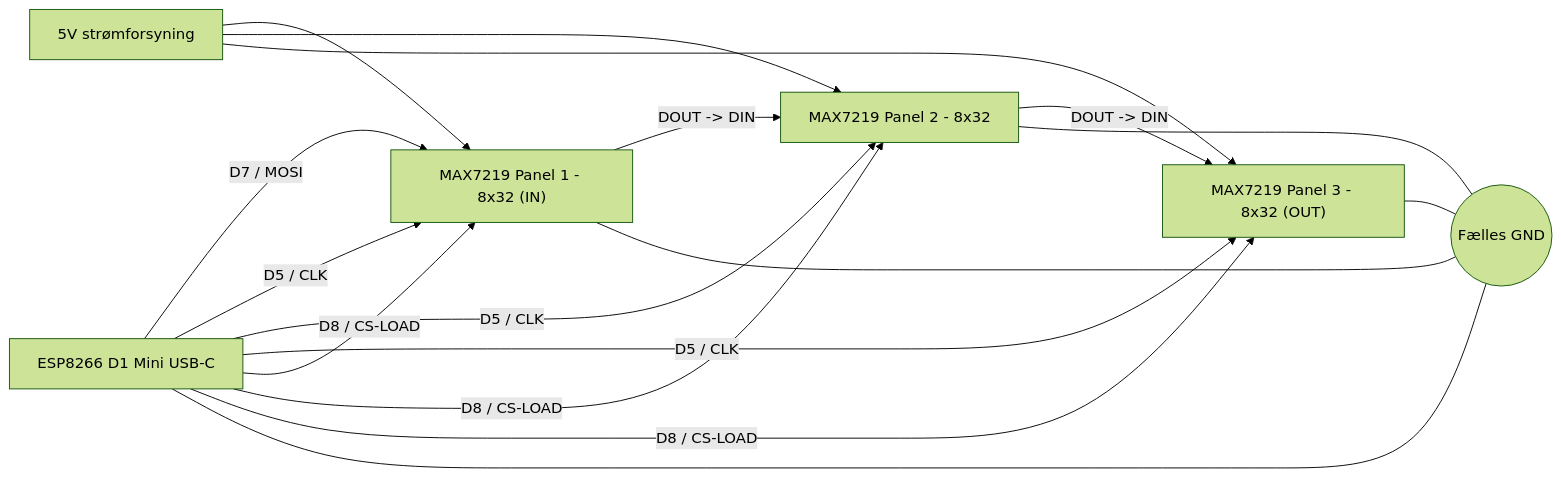
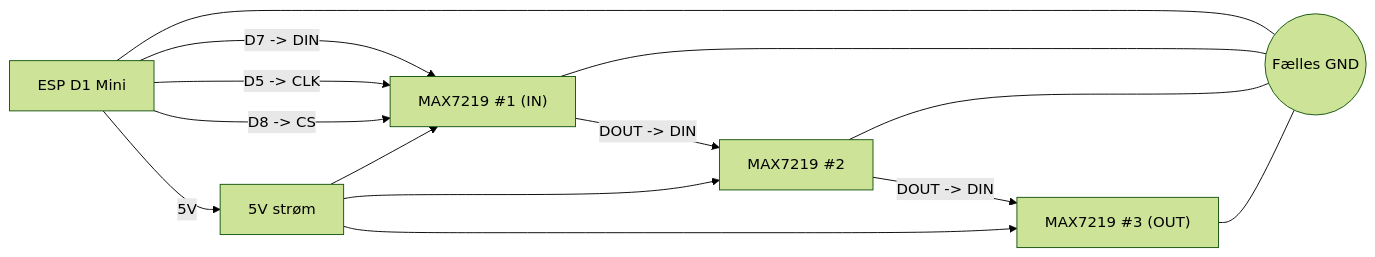
Before and after one commit to Kronborgs/Homeasseten_WOPR: the diagram in docs/WIRING_DIAGRAM.md, drawn with Mermaid (forest theme). The commit also changed other lines of this file, not shown here.

Commit message:
Simplify wiring diagram to clear pin-to-pin layout

````diff
--- a/docs/WIRING_DIAGRAM.md
+++ b/docs/WIRING_DIAGRAM.md
@@ -17,30 +17,19 @@
 ```mermaid
 flowchart LR
-  PSU["5V strømforsyning"]
-  ESP["ESP8266 D1 Mini USB-C"]
-  M1["MAX7219 Panel 1 - 8x32 (IN)"]
-  M2["MAX7219 Panel 2 - 8x32"]
-  M3["MAX7219 Panel 3 - 8x32 (OUT)"]
-  GND(("Fælles GND"))
+  ESP["ESP D1 Mini"] -->|"D7 -> DIN"| M1["MAX7219 #1 (IN)"]
+  ESP -->|"D5 -> CLK"| M1
+  ESP -->|"D8 -> CS"| M1
 
-  PSU --> M1
-  PSU --> M2
-  PSU --> M3
+  M1 -->|"DOUT -> DIN"| M2["MAX7219 #2"]
+  M2 -->|"DOUT -> DIN"| M3["MAX7219 #3 (OUT)"]
 
-  ESP -- "D7 / MOSI" --> M1
-  M1 -- "DOUT -> DIN" --> M2
-  M2 -- "DOUT -> DIN" --> M3
+  ESP -->|"5V"| PWR["5V strøm"]
+  PWR --> M1
+  PWR --> M2
+  PWR --> M3
 
-  ESP -- "D5 / CLK" --> M1
-  ESP -- "D5 / CLK" --> M2
-  ESP -- "D5 / CLK" --> M3
-
-  ESP -- "D8 / CS-LOAD" --> M1
-  ESP -- "D8 / CS-LOAD" --> M2
-  ESP -- "D8 / CS-LOAD" --> M3
-
-  ESP --- GND
+  ESP --- GND(("Fælles GND"))
   M1 --- GND
   M2 --- GND
   M3 --- GND
 ```
````
